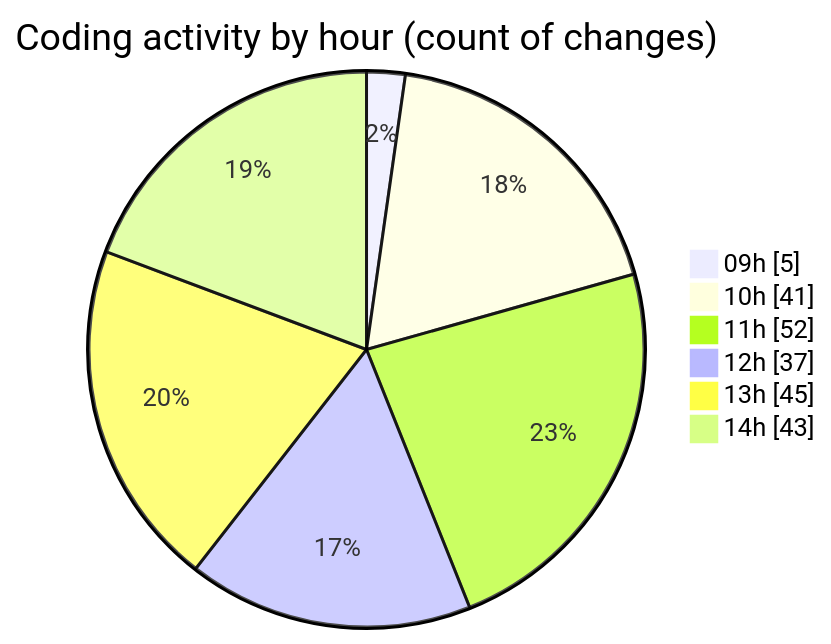
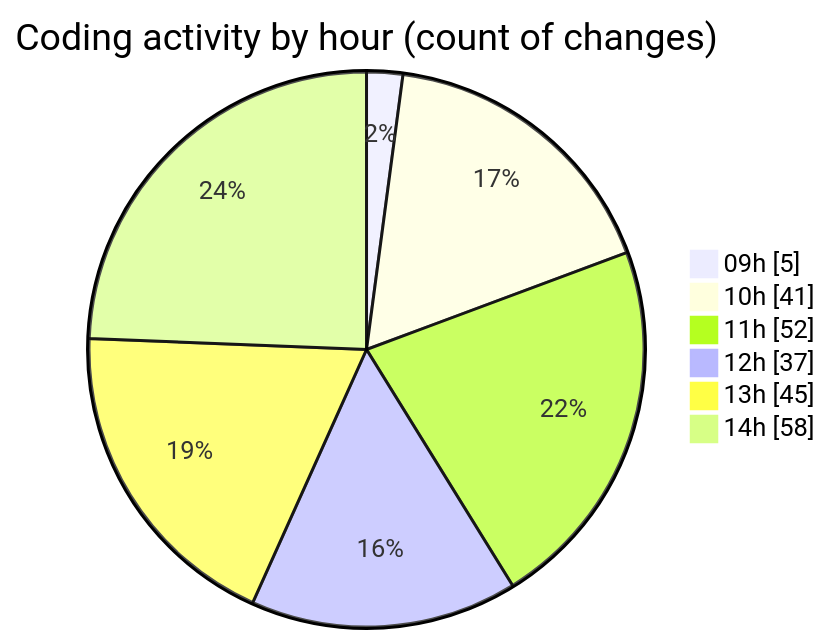
Before and after one commit to momahboobian/code-tracking: the second of 2 diagrams in 2026-04-27/cda/README.md, drawn with Mermaid. The commit also changed other lines of this file and 1 other file, not shown here.

````diff
--- a/2026-04-27/cda/README.md
+++ b/2026-04-27/cda/README.md
@@ -58,10 +58,10 @@
 ```mermaid
 pie showData
 title Coding activity by hour (count of changes)
 "09h" : 5
 "10h" : 41
 "11h" : 52
 "12h" : 37
 "13h" : 45
-"14h" : 43
+"14h" : 58
 ```
````
